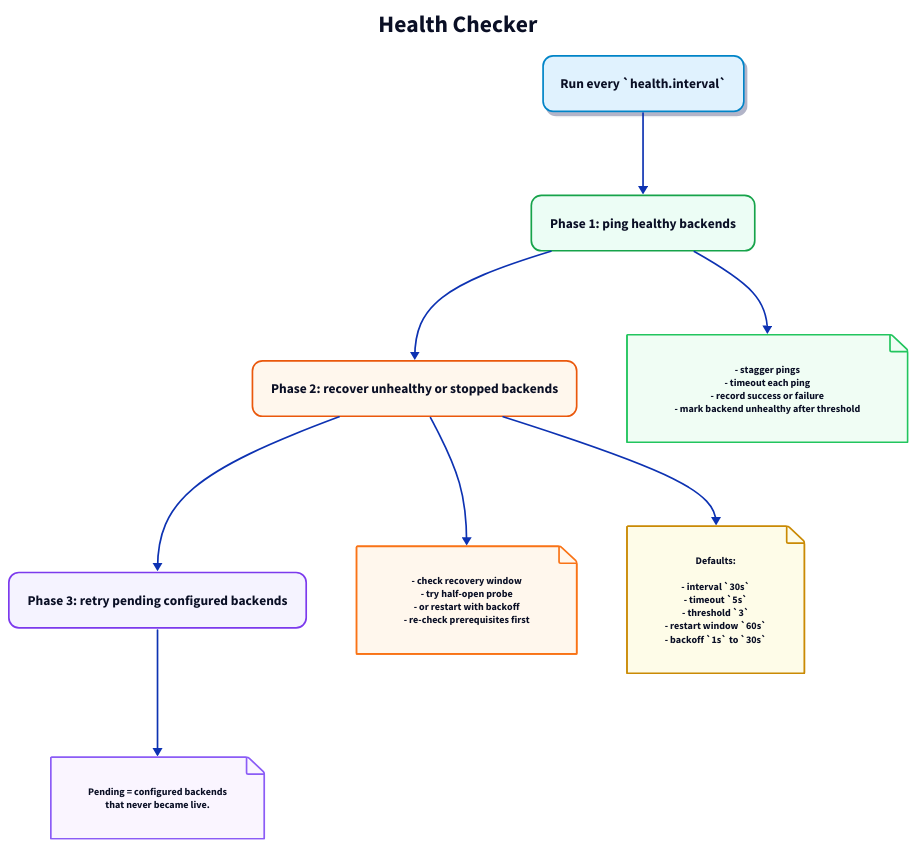
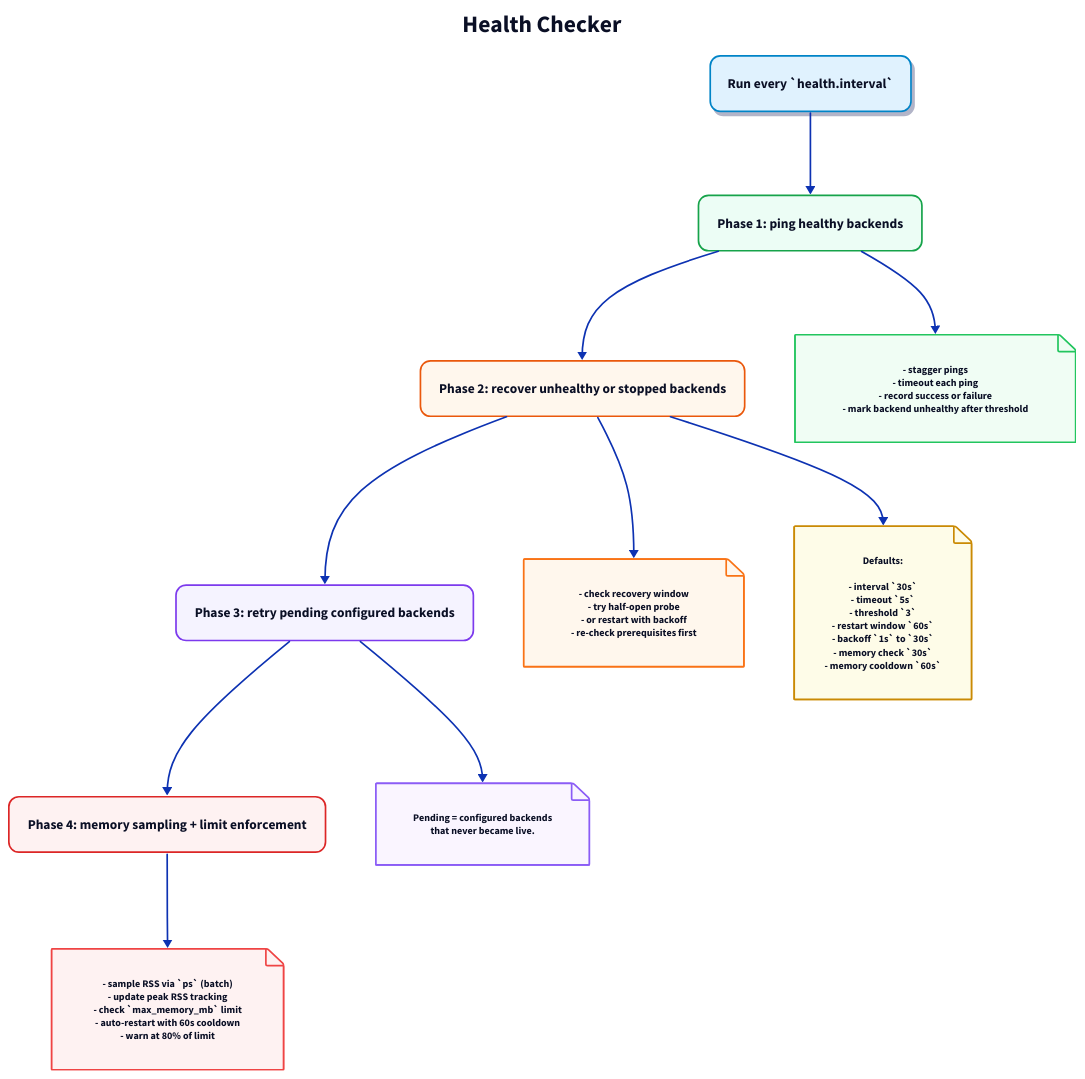
One commit to jonwraymond/PrismGate changed the diagram in docs/diagrams/health-checker.d2. Above: the diagram before and after it, drawn with D2. The commit also changed 15 other files, not shown here.

First line of the commit message:
docs: update diagrams for v1.9.0 — add pool lifecycle, update health + sandbox

```diff
--- a/docs/diagrams/health-checker.d2
+++ b/docs/diagrams/health-checker.d2
@@ -1,91 +1,114 @@
 direction: down
 
 title: Health Checker {
   shape: text
   near: top-center
   style.font-size: 28
   style.bold: true
 }
 
 loop: Run every `health.interval` {
   style.fill: "#E0F2FE"
   style.stroke: "#0284C7"
   style.border-radius: 12
   style.shadow: true
 }
 
 phase1: Phase 1 {
   label: "Phase 1: ping healthy backends"
   style.fill: "#ECFDF5"
   style.stroke: "#16A34A"
   style.border-radius: 12
 }
 
 phase2: Phase 2 {
   label: "Phase 2: recover unhealthy or stopped backends"
   style.fill: "#FFF7ED"
   style.stroke: "#EA580C"
   style.border-radius: 12
 }
 
 phase3: Phase 3 {
   label: "Phase 3: retry pending configured backends"
   style.fill: "#F5F3FF"
   style.stroke: "#7C3AED"
   style.border-radius: 12
 }
 
+phase4: Phase 4 {
+  label: "Phase 4: memory sampling + limit enforcement"
+  style.fill: "#FEF2F2"
+  style.stroke: "#DC2626"
+  style.border-radius: 12
+}
+
 phase1_detail: |md
   - stagger pings
   - timeout each ping
   - record success or failure
   - mark backend unhealthy after threshold
 | {
   shape: page
   style.fill: "#F0FDF4"
   style.stroke: "#22C55E"
   style.font-size: 12
 }
 
 phase2_detail: |md
   - check recovery window
   - try half-open probe
   - or restart with backoff
   - re-check prerequisites first
 | {
   shape: page
   style.fill: "#FFF7ED"
   style.stroke: "#F97316"
   style.font-size: 12
 }
 
 phase3_detail: |md
   Pending = configured backends
   that never became live.
 | {
   shape: page
   style.fill: "#FAF5FF"
   style.stroke: "#8B5CF6"
   style.font-size: 12
 }
 
+phase4_detail: |md
+  - sample RSS via `ps` (batch)
+  - update peak RSS tracking
+  - check `max_memory_mb` limit
+  - auto-restart with 60s cooldown
+  - warn at 80% of limit
+| {
+  shape: page
+  style.fill: "#FEF2F2"
+  style.stroke: "#EF4444"
+  style.font-size: 12
+}
+
 settings: |md
   Defaults:
 
   - interval `30s`
   - timeout `5s`
   - threshold `3`
   - restart window `60s`
   - backoff `1s` to `30s`
+  - memory check `30s`
+  - memory cooldown `60s`
 | {
   shape: page
   style.fill: "#FEFCE8"
   style.stroke: "#CA8A04"
   style.font-size: 12
 }
 
-loop -> phase1 -> phase2 -> phase3
+loop -> phase1 -> phase2 -> phase3 -> phase4
 phase1 -> phase1_detail
 phase2 -> phase2_detail
 phase3 -> phase3_detail
+phase4 -> phase4_detail
 phase2 -> settings
```
